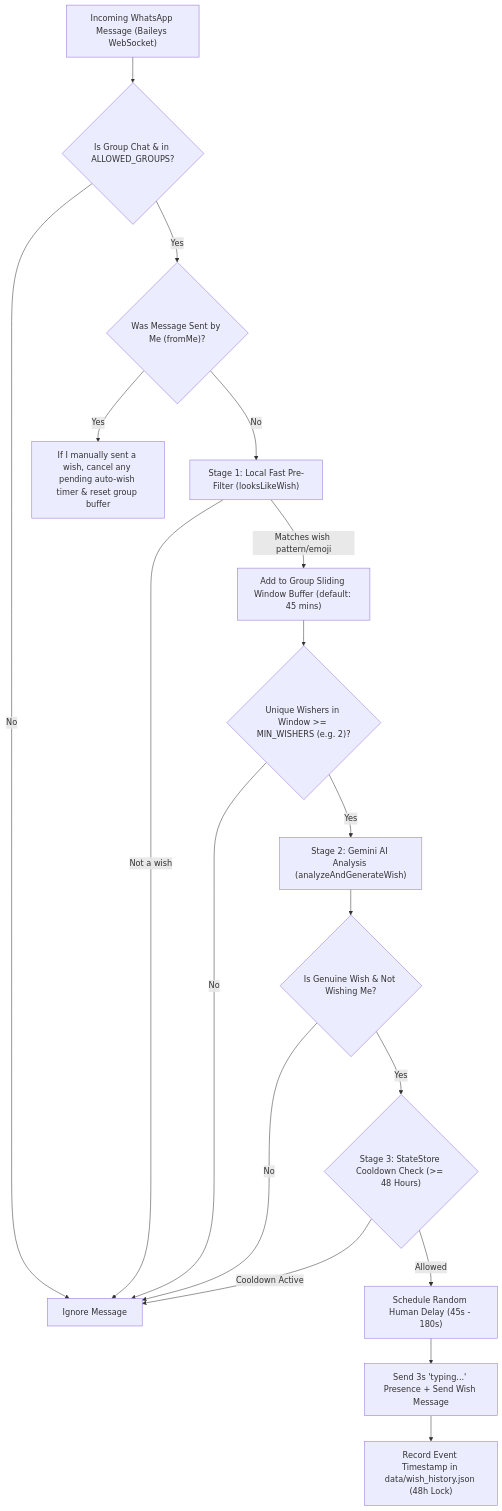
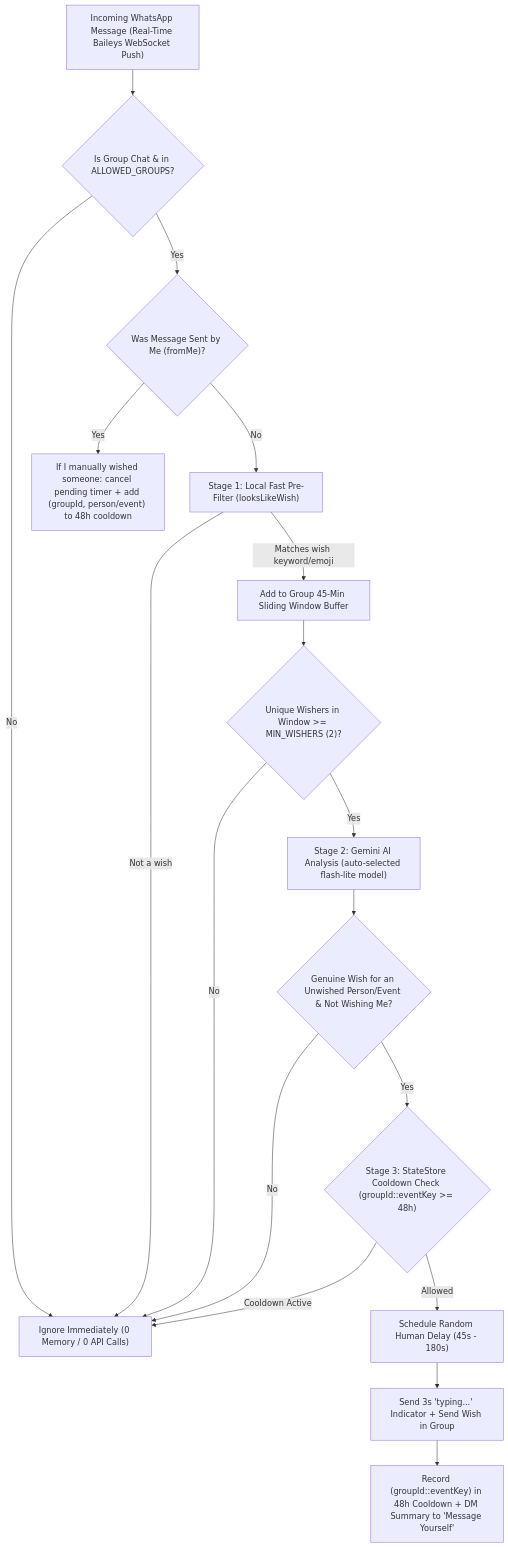
The diagram in README.md (Dhaivat717/birthday_festival_wish_bot_whatsapp), drawn with Mermaid before and after one commit. The commit also changed other lines of this file, not shown here.

Commit message:
Update README with complete architecture and feature documentation

````diff
--- a/README.md
+++ b/README.md
@@ -11,20 +11,20 @@
 ```mermaid
 flowchart TD
-    A["Incoming WhatsApp Message (Baileys WebSocket)"] --> B{"Is Group Chat & in ALLOWED_GROUPS?"}
-    B -- No --> Z["Ignore Message"]
+    A["Incoming WhatsApp Message (Real-Time Baileys WebSocket Push)"] --> B{"Is Group Chat & in ALLOWED_GROUPS?"}
+    B -- No --> Z["Ignore Immediately (0 Memory / 0 API Calls)"]
     B -- Yes --> C{"Was Message Sent by Me (fromMe)?"}
-    C -- Yes --> D["If I manually sent a wish, cancel any pending auto-wish timer & reset group buffer"]
+    C -- Yes --> D["If I manually wished someone: cancel pending timer + add (groupId, person/event) to 48h cooldown"]
     C -- No --> E["Stage 1: Local Fast Pre-Filter (looksLikeWish)"]
     E -- Not a wish --> Z
-    E -- Matches wish pattern/emoji --> F["Add to Group Sliding Window Buffer (default: 45 mins)"]
-    F --> G{"Unique Wishers in Window >= MIN_WISHERS (e.g. 2)?"}
+    E -- Matches wish keyword/emoji --> F["Add to Group 45-Min Sliding Window Buffer"]
+    F --> G{"Unique Wishers in Window >= MIN_WISHERS (2)?"}
     G -- No --> Z
-    G -- Yes --> H["Stage 2: Gemini AI Analysis (analyzeAndGenerateWish)"]
-    H --> I{"Is Genuine Wish & Not Wishing Me?"}
+    G -- Yes --> H["Stage 2: Gemini AI Analysis (auto-selected flash-lite model)"]
+    H --> I{"Genuine Wish for an Unwished Person/Event & Not Wishing Me?"}
     I -- No --> Z
-    I -- Yes --> J{"Stage 3: StateStore Cooldown Check (>= 48 Hours)"}
+    I -- Yes --> J{"Stage 3: StateStore Cooldown Check (groupId::eventKey >= 48h)"}
     J -- Cooldown Active --> Z
     J -- Allowed --> K["Schedule Random Human Delay (45s - 180s)"]
-    K --> L["Send 3s 'typing...' Presence + Send Wish Message"]
-    L --> M["Record Event Timestamp in data/wish_history.json (48h Lock)"]
+    K --> L["Send 3s 'typing...' Indicator + Send Wish in Group"]
+    L --> M["Record (groupId::eventKey) in 48h Cooldown + DM Summary to 'Message Yourself'"]
 ```
````
